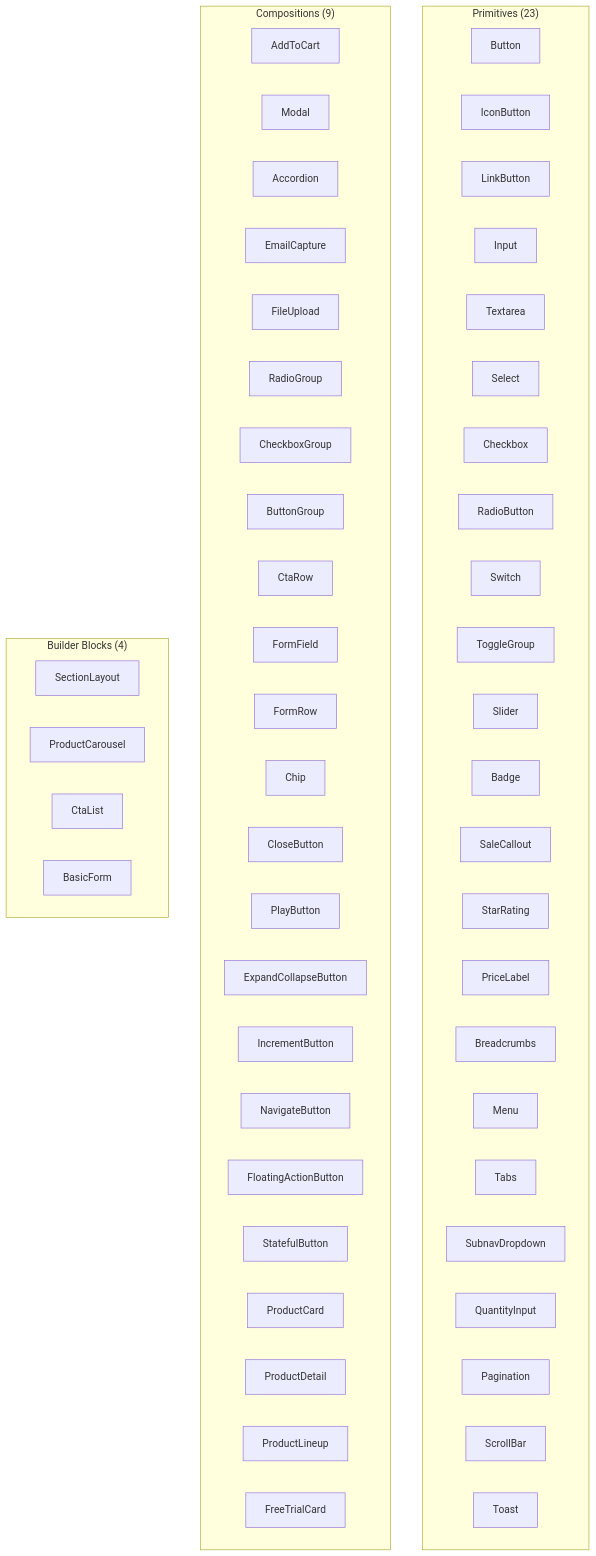
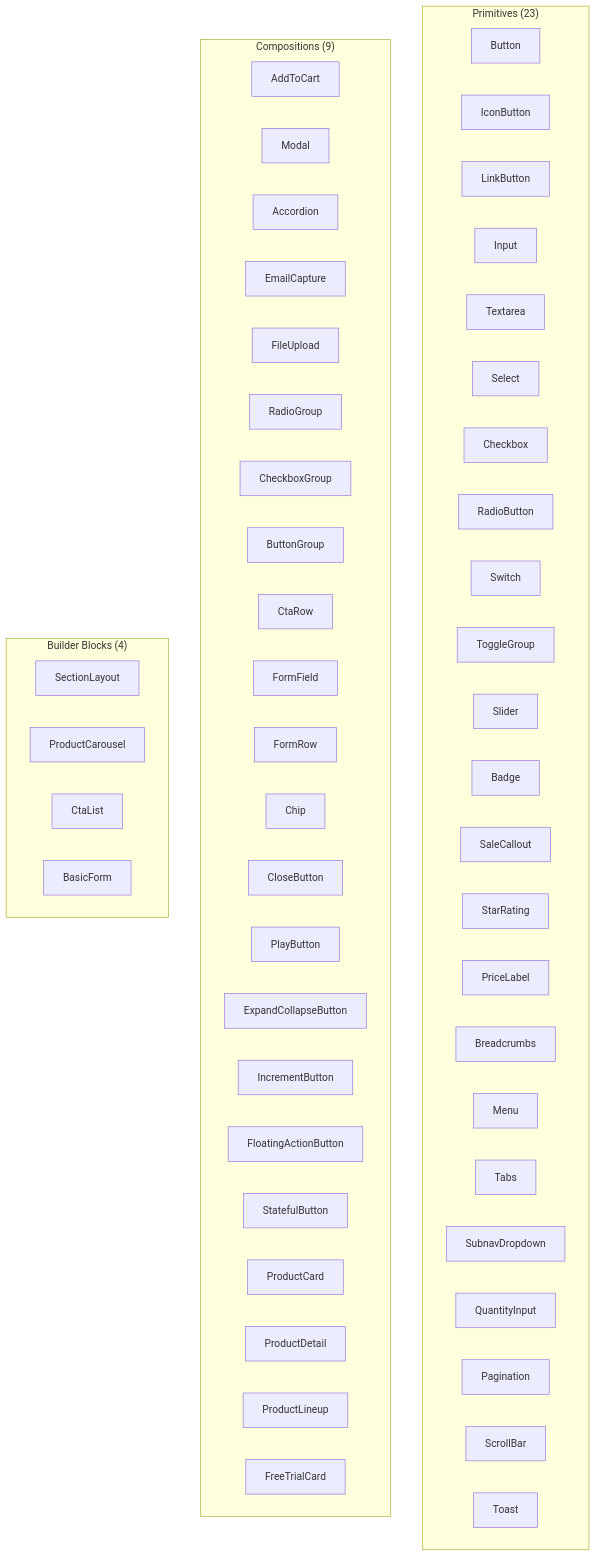
One commit to calebn/design-system-theme-evolution changed the first of 2 diagrams in inventory/docs/08-taxonomy.md. Above: the diagram before and after it, drawn with Mermaid. The commit also changed other lines of this file and 10 other files, not shown here.

Commit message:
fix(architecture): remove erroneous NavigateButton, map Next-Previous Buttons to NextPreviousButton

````diff
--- a/inventory/docs/08-taxonomy.md
+++ b/inventory/docs/08-taxonomy.md
@@ -17,59 +17,58 @@
 ```mermaid
 graph TD
   subgraph primitives ["Primitives (23)"]
     Button["Button"]
     IconButton["IconButton"]
     LinkButton["LinkButton"]
     Input["Input"]
     Textarea["Textarea"]
     Select["Select"]
     Checkbox["Checkbox"]
     RadioButton["RadioButton"]
     Switch["Switch"]
     ToggleGroup["ToggleGroup"]
     Slider["Slider"]
     Badge["Badge"]
     SaleCallout["SaleCallout"]
     StarRating["StarRating"]
     PriceLabel["PriceLabel"]
     Breadcrumbs["Breadcrumbs"]
     Menu["Menu"]
     Tabs["Tabs"]
     SubnavDropdown["SubnavDropdown"]
     QuantityInput["QuantityInput"]
     Pagination["Pagination"]
     ScrollBar["ScrollBar"]
     Toast["Toast"]
   end
   subgraph compositions ["Compositions (9)"]
     AddToCart["AddToCart"]
     Modal["Modal"]
     Accordion["Accordion"]
     EmailCapture["EmailCapture"]
     FileUpload["FileUpload"]
     RadioGroup["RadioGroup"]
     CheckboxGroup["CheckboxGroup"]
     ButtonGroup["ButtonGroup"]
     CtaRow["CtaRow"]
     FormField["FormField"]
     FormRow["FormRow"]
     Chip["Chip"]
     CloseButton["CloseButton"]
     PlayButton["PlayButton"]
     ExpandCollapseButton["ExpandCollapseButton"]
     IncrementButton["IncrementButton"]
-    NavigateButton["NavigateButton"]
     FloatingActionButton["FloatingActionButton"]
     StatefulButton["StatefulButton"]
     ProductCard["ProductCard"]
     ProductDetail["ProductDetail"]
     ProductLineup["ProductLineup"]
     FreeTrialCard["FreeTrialCard"]
   end
   subgraph builderBlocks ["Builder Blocks (4)"]
     SectionLayout["SectionLayout"]
     ProductCarousel["ProductCarousel"]
     CtaList["CtaList"]
     BasicForm["BasicForm"]
   end
 ```
````
